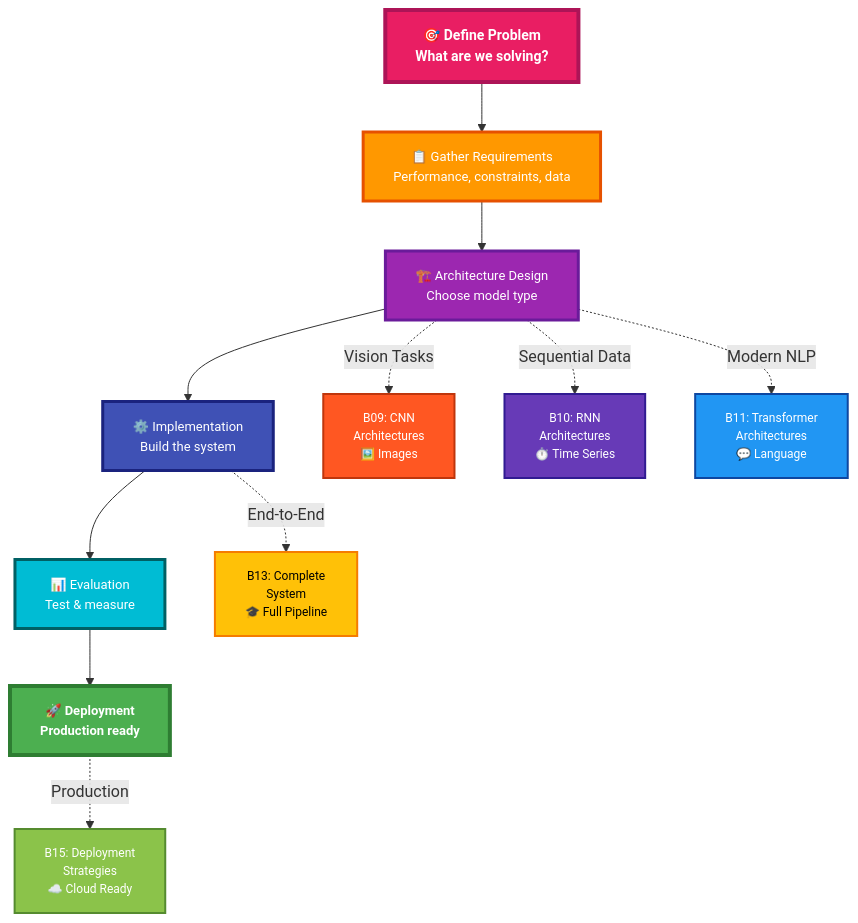
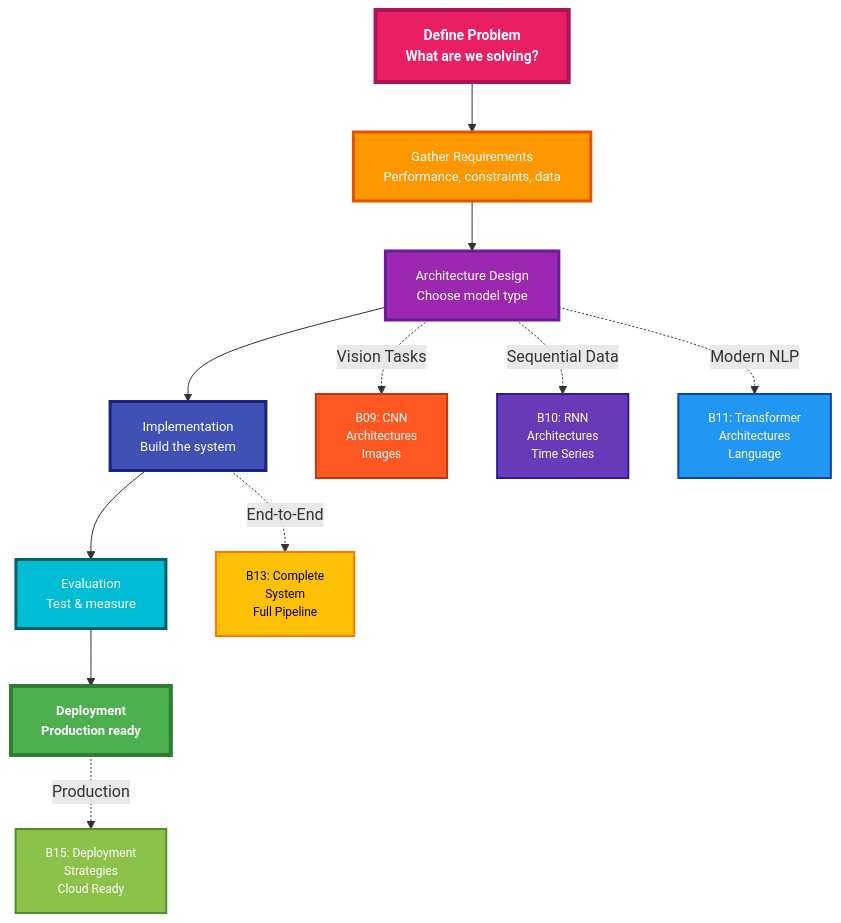
The third of 7 diagrams in MAI_STUDENT_GUIDE.md (nexageapps/AI), drawn with Mermaid before and after one commit. The commit also changed other lines of this file, not shown here.

````diff
--- a/MAI_STUDENT_GUIDE.md
+++ b/MAI_STUDENT_GUIDE.md
@@ -249,34 +249,34 @@
 ```mermaid
 graph TD
-    Problem["🎯 Define Problem<br/>What are we solving?"]:::start
-    Requirements["📋 Gather Requirements<br/>Performance, constraints, data"]:::step
-    Design["🏗️ Architecture Design<br/>Choose model type"]:::design
-    Implement["⚙️ Implementation<br/>Build the system"]:::implement
-    Evaluate["📊 Evaluation<br/>Test & measure"]:::evaluate
-    Deploy["🚀 Deployment<br/>Production ready"]:::deploy
+    Problem["Define Problem<br/>What are we solving?"]:::start
+    Requirements["Gather Requirements<br/>Performance, constraints, data"]:::step
+    Design["Architecture Design<br/>Choose model type"]:::design
+    Implement["Implementation<br/>Build the system"]:::implement
+    Evaluate["Evaluation<br/>Test & measure"]:::evaluate
+    Deploy["Deployment<br/>Production ready"]:::deploy
     
     Problem --> Requirements
     Requirements --> Design
     Design --> Implement
     Implement --> Evaluate
     Evaluate --> Deploy
     
-    Design -.->|"Vision Tasks"| B09["B09: CNN<br/>Architectures<br/>🖼️ Images"]:::cnn
-    Design -.->|"Sequential Data"| B10["B10: RNN<br/>Architectures<br/>⏱️ Time Series"]:::rnn
-    Design -.->|"Modern NLP"| B11["B11: Transformer<br/>Architectures<br/>💬 Language"]:::transformer
+    Design -.->|"Vision Tasks"| B09["B09: CNN<br/>Architectures<br/>Images"]:::cnn
+    Design -.->|"Sequential Data"| B10["B10: RNN<br/>Architectures<br/>Time Series"]:::rnn
+    Design -.->|"Modern NLP"| B11["B11: Transformer<br/>Architectures<br/>Language"]:::transformer
     
-    Implement -.->|"End-to-End"| B13["B13: Complete<br/>System<br/>🎓 Full Pipeline"]:::system
-    Deploy -.->|"Production"| B15["B15: Deployment<br/>Strategies<br/>☁️ Cloud Ready"]:::production
+    Implement -.->|"End-to-End"| B13["B13: Complete<br/>System<br/>Full Pipeline"]:::system
+    Deploy -.->|"Production"| B15["B15: Deployment<br/>Strategies<br/>Cloud Ready"]:::production
     
     classDef start fill:#E91E63,stroke:#AD1457,stroke-width:4px,color:#fff,font-size:14px,font-weight:bold
     classDef step fill:#FF9800,stroke:#E65100,stroke-width:3px,color:#fff,font-size:13px
     classDef design fill:#9C27B0,stroke:#6A1B9A,stroke-width:3px,color:#fff,font-size:13px
     classDef implement fill:#3F51B5,stroke:#1A237E,stroke-width:3px,color:#fff,font-size:13px
     classDef evaluate fill:#00BCD4,stroke:#006064,stroke-width:3px,color:#fff,font-size:13px
     classDef deploy fill:#4CAF50,stroke:#2E7D32,stroke-width:4px,color:#fff,font-size:13px,font-weight:bold
     classDef cnn fill:#FF5722,stroke:#BF360C,stroke-width:2px,color:#fff,font-size:12px
     classDef rnn fill:#673AB7,stroke:#311B92,stroke-width:2px,color:#fff,font-size:12px
     classDef transformer fill:#2196F3,stroke:#0D47A1,stroke-width:2px,color:#fff,font-size:12px
     classDef system fill:#FFC107,stroke:#F57C00,stroke-width:2px,color:#000,font-size:12px
     classDef production fill:#8BC34A,stroke:#558B2F,stroke-width:2px,color:#fff,font-size:12px
 ```
````
